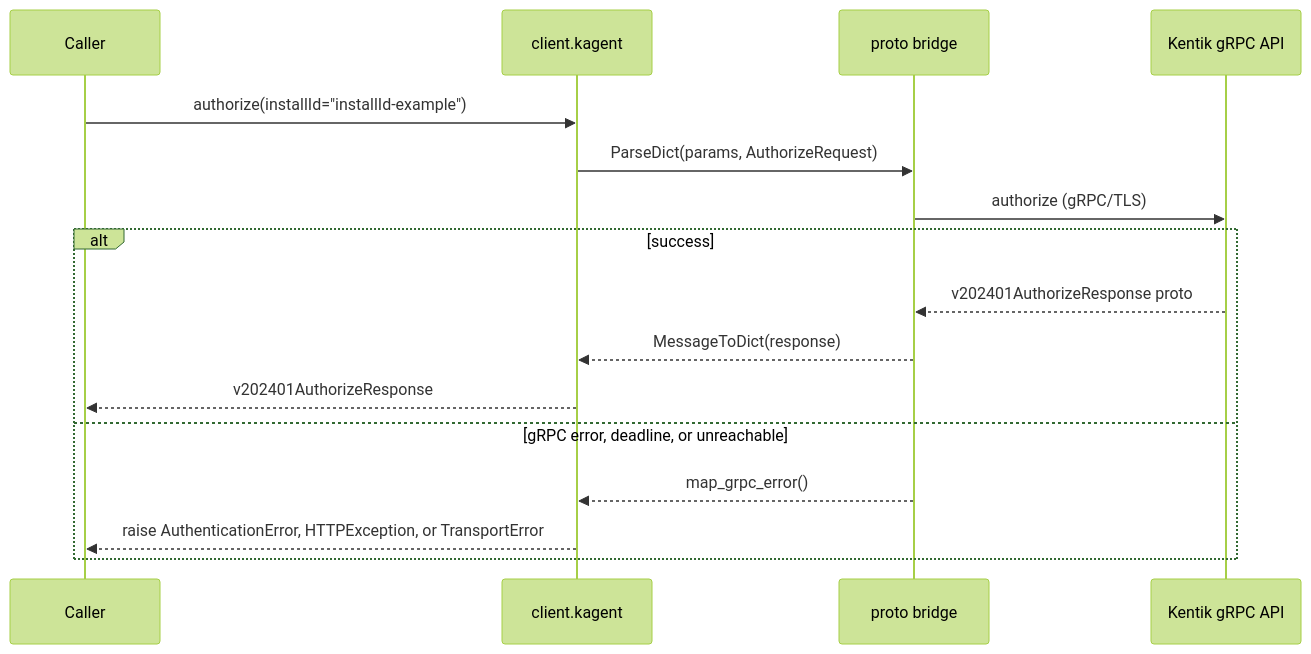
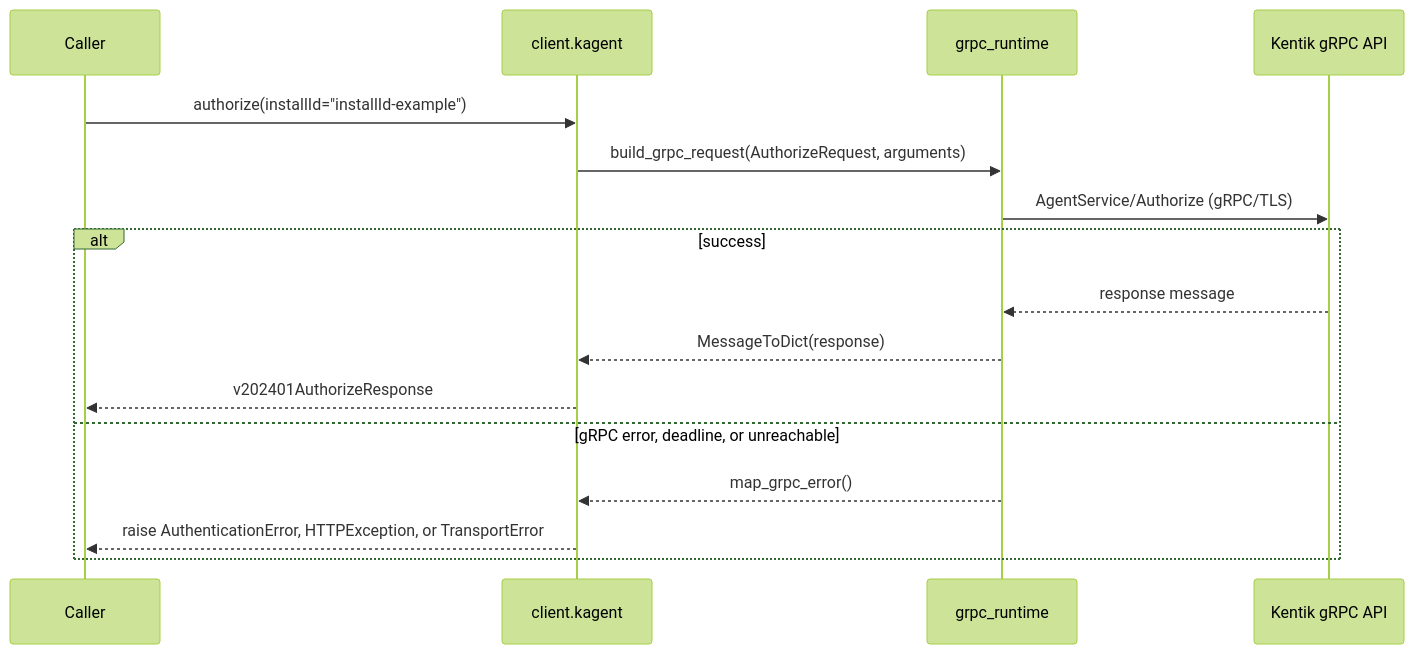
One commit to alexdearaujo/community_sdk_python changed the seventh of 58 diagrams in docs/sphinx/services/kagent.md. Above: the diagram before and after it, drawn with Mermaid (forest theme). The commit also changed other lines of this file and 37 other files, not shown here.

First line of the commit message:
docs: show the real RPC in each service page's gRPC diagram

````diff
--- a/docs/sphinx/services/kagent.md
+++ b/docs/sphinx/services/kagent.md
@@ -214,19 +214,19 @@
 ```mermaid
 sequenceDiagram
     participant C as Caller
     participant W as client.kagent
-    participant B as proto bridge
+    participant R as grpc_runtime
     participant API as Kentik gRPC API
 
     C->>W: authorize(installId="installId-example")
-    W->>B: ParseDict(params, AuthorizeRequest)
-    B->>API: authorize (gRPC/TLS)
+    W->>R: build_grpc_request(AuthorizeRequest, arguments)
+    R->>API: AgentService/Authorize (gRPC/TLS)
     alt success
-        API-->>B: v202401AuthorizeResponse proto
-        B-->>W: MessageToDict(response)
+        API-->>R: response message
+        R-->>W: MessageToDict(response)
         W-->>C: v202401AuthorizeResponse
     else gRPC error, deadline, or unreachable
-        B-->>W: map_grpc_error()
+        R-->>W: map_grpc_error()
         W-->>C: raise AuthenticationError, HTTPException, or TransportError
     end
 ```
````
